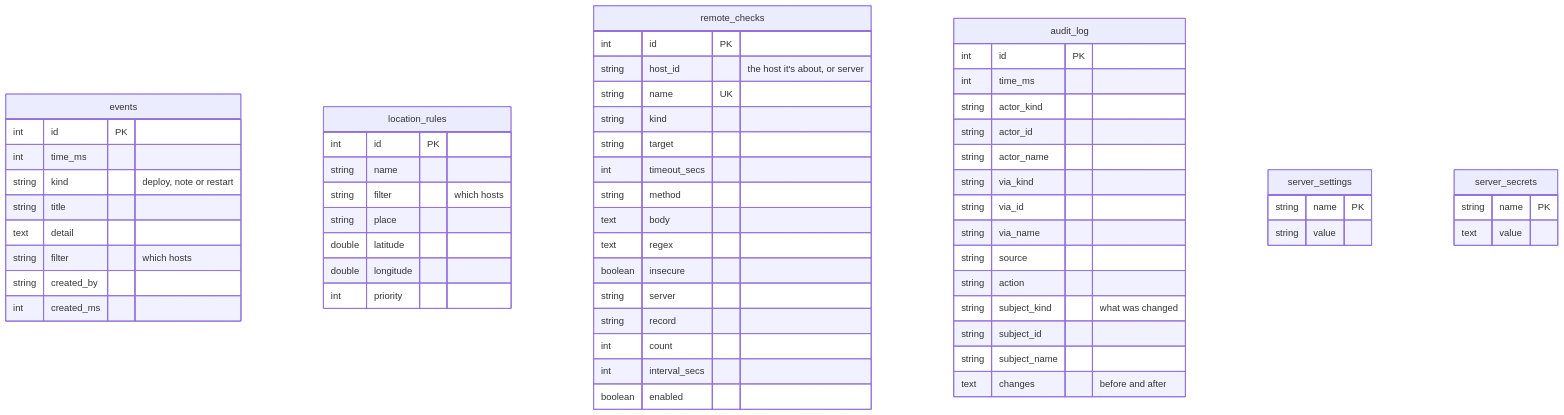
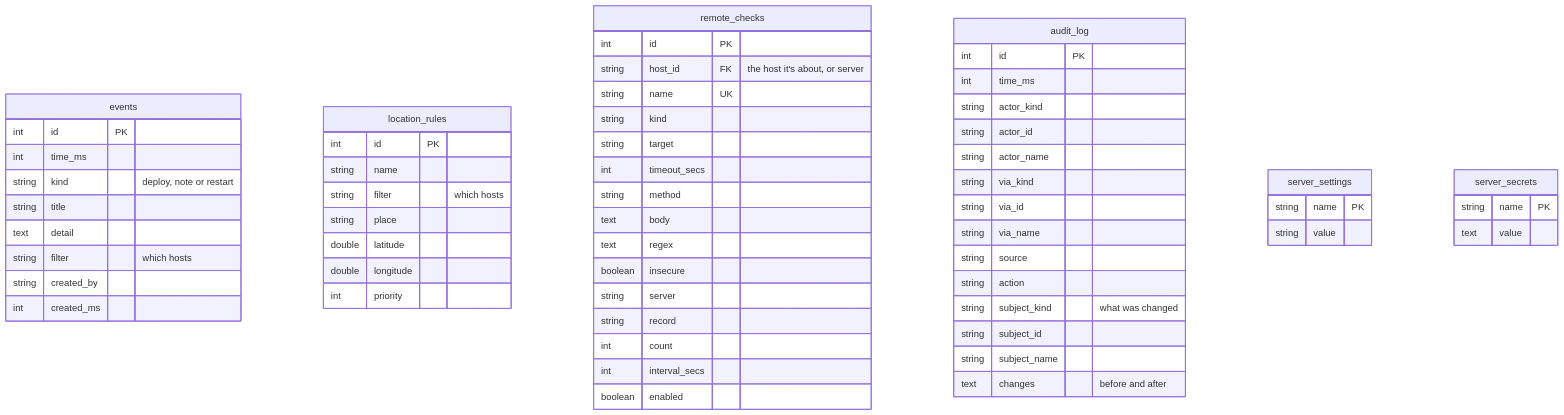
The second of 4 diagrams in database/README.md (sfreiberg/maxnines), drawn with Mermaid before and after one commit. The commit also changed other lines of this file and 1 other file, not shown here.

First line of the commit message:
Have the database check that a check's host exists

````diff
--- a/database/README.md
+++ b/database/README.md
@@ -312,63 +313,63 @@
 ```mermaid
 erDiagram
     events {
         int id PK
         int time_ms
         string kind "deploy, note or restart"
         string title
         text detail
         string filter "which hosts"
         string created_by
         int created_ms
     }
     location_rules {
         int id PK
         string name
         string filter "which hosts"
         string place
         double latitude
         double longitude
         int priority
     }
     remote_checks {
         int id PK
-        string host_id "the host it's about, or server"
+        string host_id FK "the host it's about, or server"
         string name UK
         string kind
         string target
         int timeout_secs
         string method
         text body
         text regex
         boolean insecure
         string server
         string record
         int count
         int interval_secs
         boolean enabled
     }
     audit_log {
         int id PK
         int time_ms
         string actor_kind
         string actor_id
         string actor_name
         string via_kind
         string via_id
         string via_name
         string source
         string action
         string subject_kind "what was changed"
         string subject_id
         string subject_name
         text changes "before and after"
     }
     server_settings {
         string name PK
         string value
     }
     server_secrets {
         string name PK
         text value
     }
 ```
````
